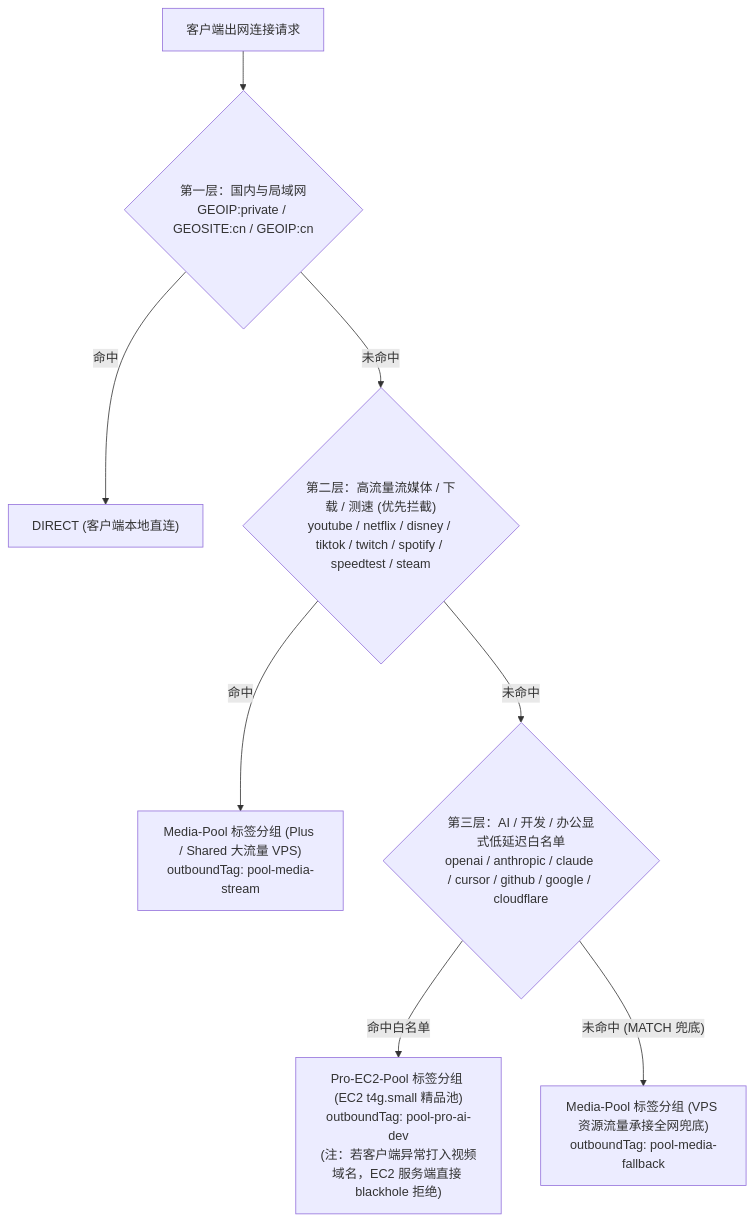
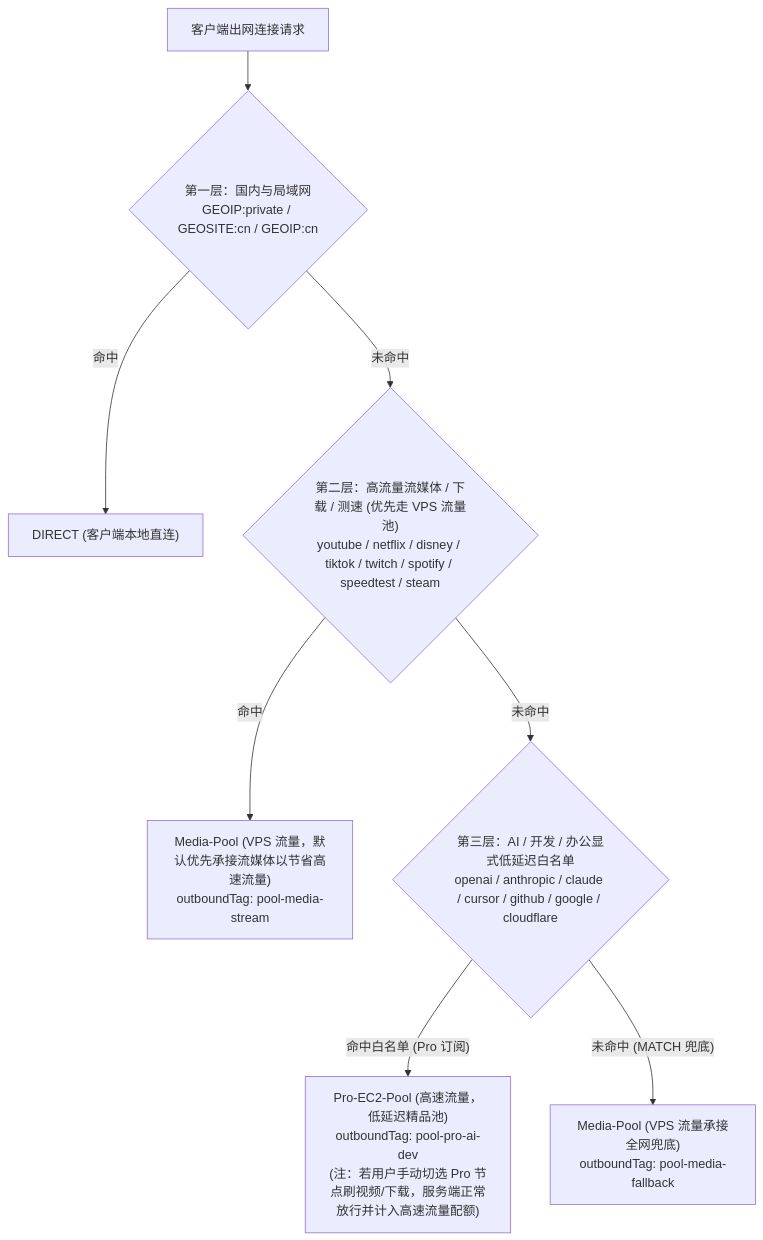
The diagram in docs/reference/xconnect-zero-control-data-plane/05-three-tier-traffic-split-routing-and-observability.md (ai-workspace-services/knowledge), drawn with Mermaid before and after one commit. The commit also changed other lines of this file, not shown here.

Commit message:
docs(xconnect): simplify Pro-EC2-Pool as high-speed quota without streaming restriction or reminder (#423)

````diff
--- a/docs/reference/xconnect-zero-control-data-plane/05-three-tier-traffic-split-routing-and-observability.md
+++ b/docs/reference/xconnect-zero-control-data-plane/05-three-tier-traffic-split-routing-and-observability.md
@@ -57,10 +68,10 @@
 ```mermaid
 flowchart TD
     Req["客户端出网连接请求"] --> P1{"第一层：国内与局域网<br/>GEOIP:private / GEOSITE:cn / GEOIP:cn"}
     P1 -- "命中" --> Out1["DIRECT (客户端本地直连)"]
-    P1 -- "未命中" --> P2{"第二层：高流量流媒体 / 下载 / 测速 (优先拦截)<br/>youtube / netflix / disney / tiktok / twitch / spotify / speedtest / steam"}
-    P2 -- "命中" --> Out2["Media-Pool 标签分组 (Plus / Shared 大流量 VPS)<br/>outboundTag: pool-media-stream"]
+    P1 -- "未命中" --> P2{"第二层：高流量流媒体 / 下载 / 测速 (优先走 VPS 流量池)<br/>youtube / netflix / disney / tiktok / twitch / spotify / speedtest / steam"}
+    P2 -- "命中" --> Out2["Media-Pool (VPS 流量，默认优先承接流媒体以节省高速流量)<br/>outboundTag: pool-media-stream"]
     P2 -- "未命中" --> P3{"第三层：AI / 开发 / 办公显式低延迟白名单<br/>openai / anthropic / claude / cursor / github / google / cloudflare"}
-    P3 -- "命中白名单" --> Out3A["Pro-EC2-Pool 标签分组 (EC2 t4g.small 精品池)<br/>outboundTag: pool-pro-ai-dev<br/>(注：若客户端异常打入视频域名，EC2 服务端直接 blackhole 拒绝)"]
-    P3 -- "未命中 (MATCH 兜底)" --> Out3B["Media-Pool 标签分组 (VPS 资源流量承接全网兜底)<br/>outboundTag: pool-media-fallback"]
+    P3 -- "命中白名单 (Pro 订阅)" --> Out3A["Pro-EC2-Pool (高速流量，低延迟精品池)<br/>outboundTag: pool-pro-ai-dev<br/>(注：若用户手动切选 Pro 节点刷视频/下载，服务端正常放行并计入高速流量配额)"]
+    P3 -- "未命中 (MATCH 兜底)" --> Out3B["Media-Pool (VPS 流量承接全网兜底)<br/>outboundTag: pool-media-fallback"]
 ```
````
